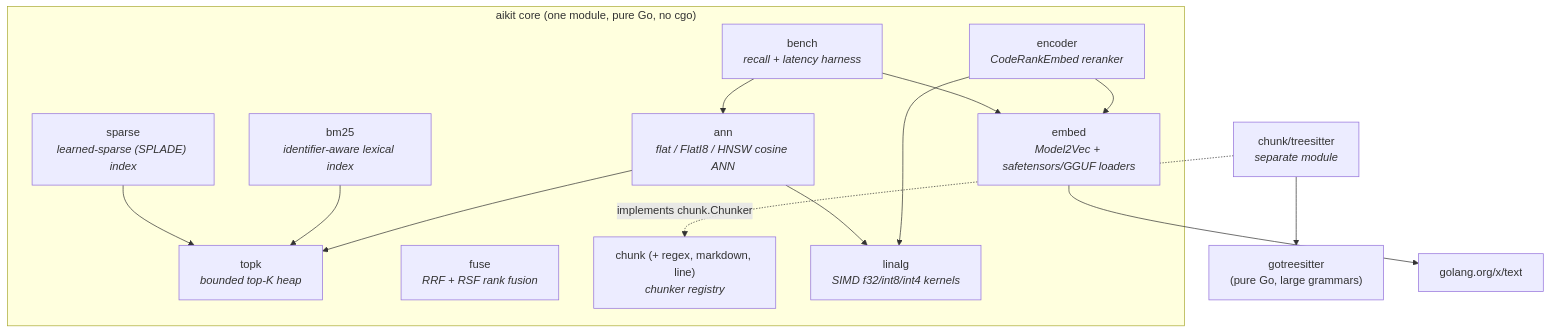
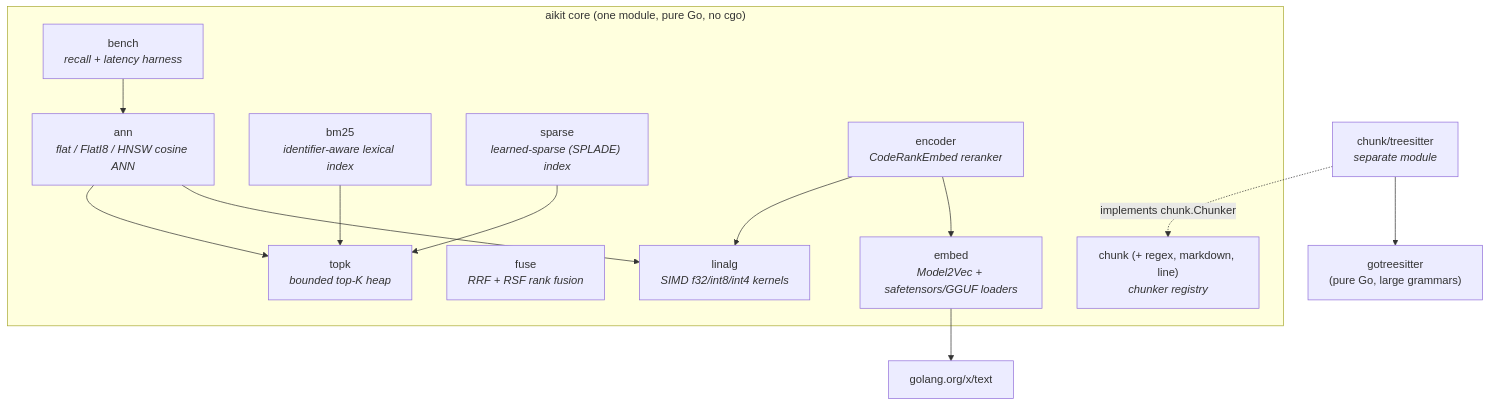
Before and after one commit to townsendmerino/aikit: the first of 3 diagrams in docs/architecture.md, drawn with Mermaid. The commit also changed 1 other file, not shown here.

Commit message:
docs: bench's only production dep is ann (embed is test-only)
Follow-up to 53a991a. `go list` confirms bench's direct production imports are
just `ann` (+ stdlib); `embed` appears only in TestImports (the real-corpus recall
path lives in bench_test.go). So the deps column and the DAG — which represents
the production import graph — should show bench → ann only, matching the strict
production-import convention of every other row. Dropped the bench → embed edge
and the embed entry from bench's deps cell.

Docs only.

````diff
--- a/docs/architecture.md
+++ b/docs/architecture.md
@@ -49,26 +49,25 @@
 ```mermaid
 graph TD
     subgraph core ["aikit core (one module, pure Go, no cgo)"]
         topk["topk<br/><i>bounded top-K heap</i>"]
         ann["ann<br/><i>flat / FlatI8 / HNSW cosine ANN</i>"]
         bm25["bm25<br/><i>identifier-aware lexical index</i>"]
         sparse["sparse<br/><i>learned-sparse (SPLADE) index</i>"]
         fuse["fuse<br/><i>RRF + RSF rank fusion</i>"]
         chunk["chunk (+ regex, markdown, line)<br/><i>chunker registry</i>"]
         linalg["linalg<br/><i>SIMD f32/int8/int4 kernels</i>"]
         embed["embed<br/><i>Model2Vec + safetensors/GGUF loaders</i>"]
         encoder["encoder<br/><i>CodeRankEmbed reranker</i>"]
         bench["bench<br/><i>recall + latency harness</i>"]
         encoder --> embed
         encoder --> linalg
         ann --> linalg
         ann --> topk
         bm25 --> topk
         sparse --> topk
         bench --> ann
-        bench --> embed
     end
     ts["chunk/treesitter<br/><i>separate module</i>"] -.->|implements chunk.Chunker| chunk
     ts --> gts["gotreesitter<br/>(pure Go, large grammars)"]
     embed --> xtext["golang.org/x/text"]
 ```
````
